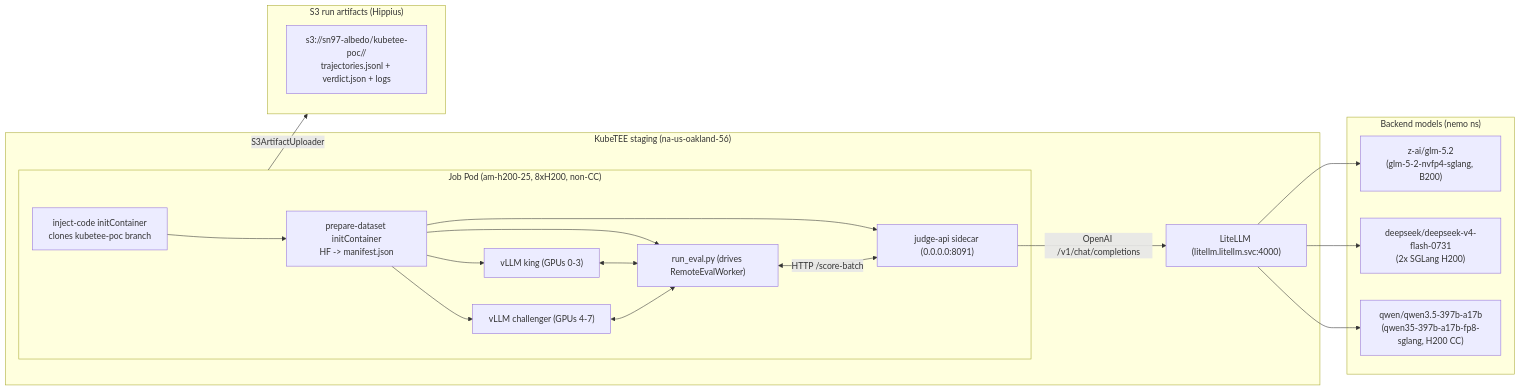
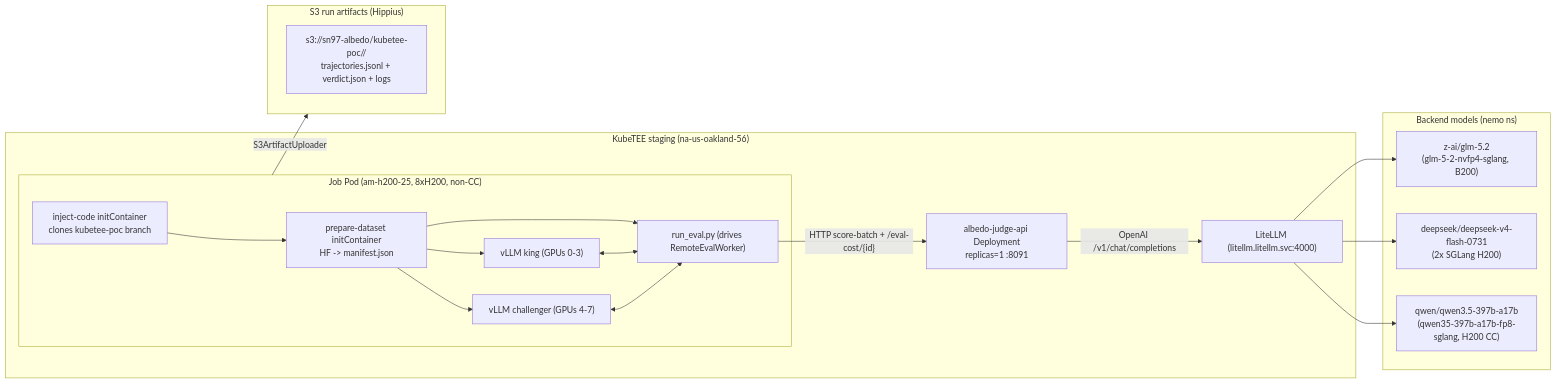
The diagram in kubetee/PLAN.md (unarbos/albedo), drawn with Mermaid before and after one commit. The commit also changed other lines of this file and 13 other files, not shown here.

First line of the commit message:
feat(kubetee): extract shared albedo-judge-api microservice

````diff
--- a/kubetee/PLAN.md
+++ b/kubetee/PLAN.md
@@ -23,39 +23,40 @@
 ```mermaid
 graph LR
   subgraph KubeTEE["KubeTEE staging (na-us-oakland-56)"]
     subgraph EvalPod["Job Pod (am-h200-25, 8xH200, non-CC)"]
       Init["inject-code initContainer
 clones kubetee-poc branch"]
       Prep["prepare-dataset initContainer
 HF -> manifest.json"]
       VKing["vLLM king (GPUs 0-3)"]
       VChal["vLLM challenger (GPUs 4-7)"]
       Worker["run_eval.py (drives RemoteEvalWorker)"]
-      Judge["judge-api sidecar (0.0.0.0:8091)"]
-      Init --> Prep --> VKing & VChal & Worker & Judge
+      Init --> Prep --> VKing & VChal & Worker
       VKing <--> Worker
       VChal <--> Worker
-      Worker <-->|"HTTP /score-batch"| Judge
     end
 
+    Judge["albedo-judge-api Deployment
+replicas=1 :8091"]
+    Worker -->|"HTTP score-batch + /eval-cost/{id}"| Judge
     LiteLLM["LiteLLM (litellm.litellm.svc:4000)"]
     Judge -->|"OpenAI /v1/chat/completions"| LiteLLM
   end
 
   subgraph Backends["Backend models (nemo ns)"]
     GLM["z-ai/glm-5.2
 (glm-5-2-nvfp4-sglang, B200)"]
     DSV4["deepseek/deepseek-v4-flash-0731
 (2x SGLang H200)"]
     QWEN["qwen/qwen3.5-397b-a17b
 (qwen35-397b-a17b-fp8-sglang, H200 CC)"]
     LiteLLM --> GLM & DSV4 & QWEN
   end
 
   subgraph S3["S3 run artifacts (Hippius)"]
     Art["s3://sn97-albedo/kubetee-poc/<run_id>/
 trajectories.jsonl + verdict.json + logs"]
   end
 
   EvalPod -- "S3ArtifactUploader" --> S3
 ```
````
